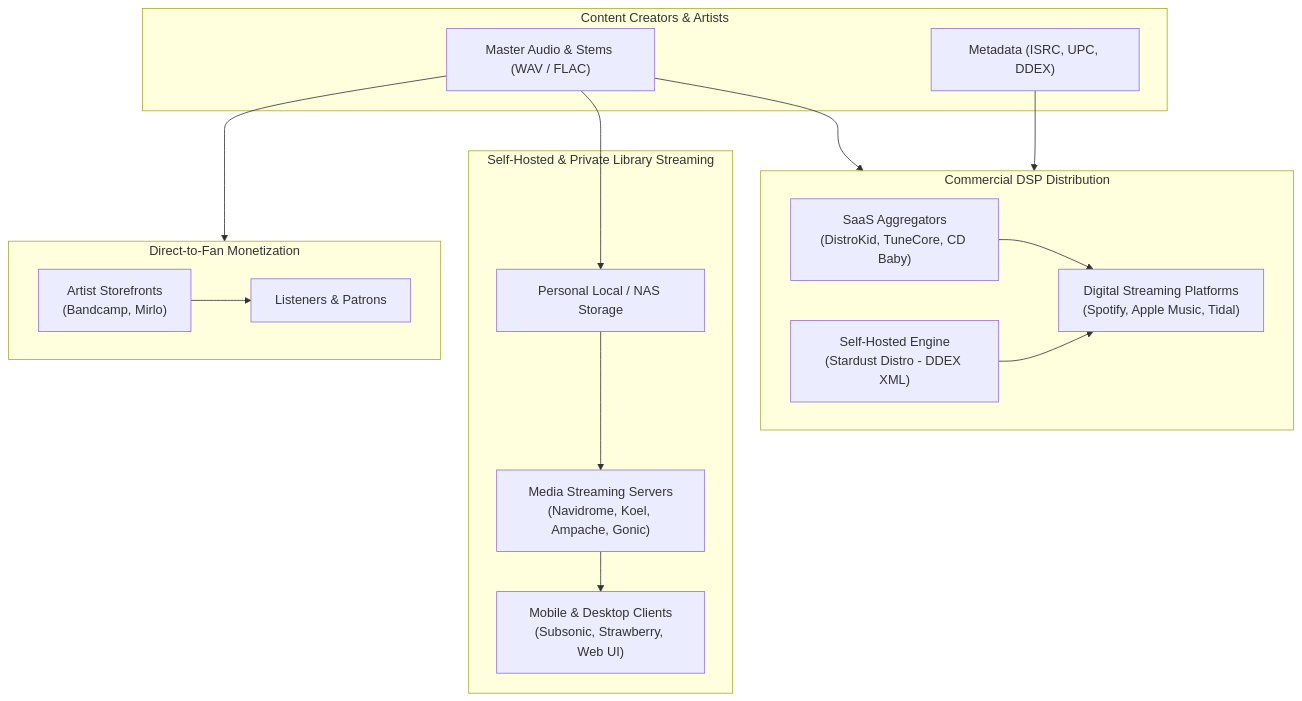
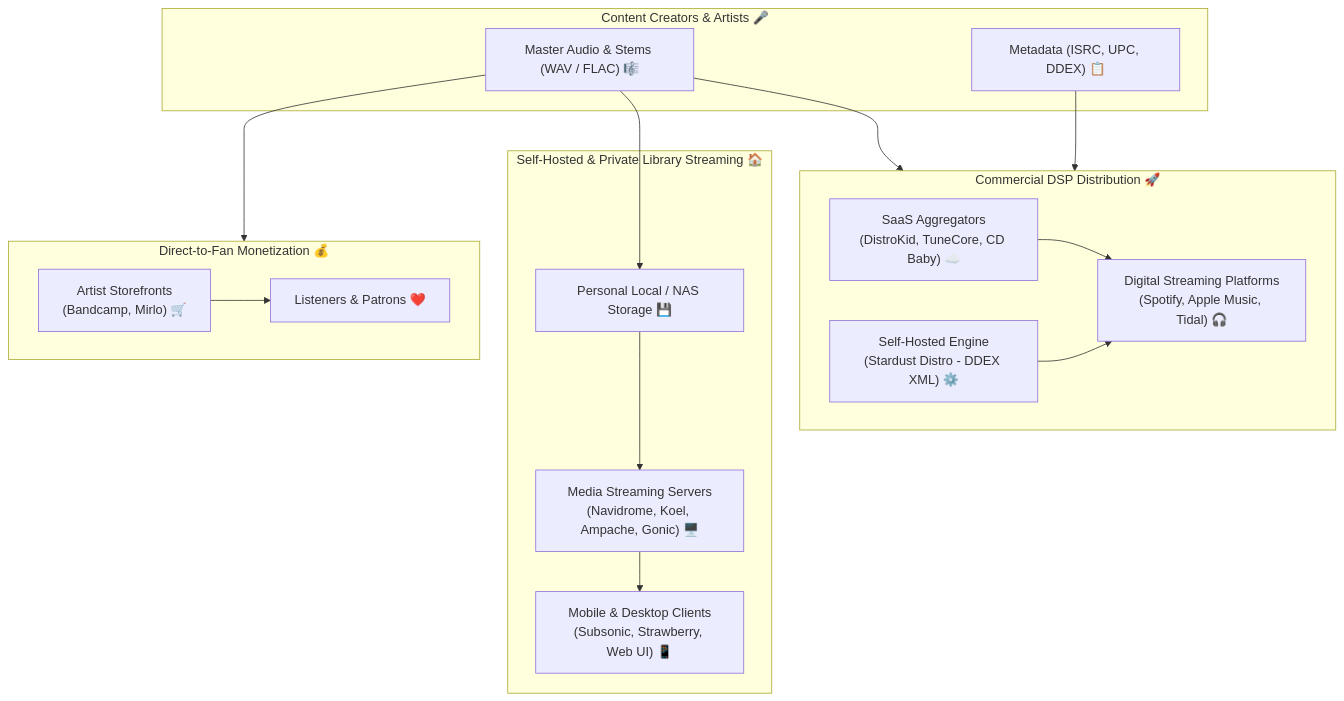
The diagram in README.md (ishandutta2007/Awesome-Digital-Media-Management), drawn with Mermaid before and after one commit. The commit also changed other lines of this file and 1 other file, not shown here.

````diff
--- a/README.md
+++ b/README.md
@@ -66,36 +82,36 @@
 ```mermaid
 flowchart TD
-    subgraph Creator ["Content Creators & Artists"]
-        Audio["Master Audio & Stems (WAV / FLAC)"]
-        Meta["Metadata (ISRC, UPC, DDEX)"]
+    subgraph Creator ["Content Creators & Artists 🎤"]
+        Audio["Master Audio & Stems (WAV / FLAC) 🎼"]
+        Meta["Metadata (ISRC, UPC, DDEX) 📋"]
     end
 
-    subgraph Distribution ["Commercial DSP Distribution"]
-        SaaS_Dist["SaaS Aggregators\n(DistroKid, TuneCore, CD Baby)"]
-        OSS_Dist["Self-Hosted Engine\n(Stardust Distro - DDEX XML)"]
-        DSPs["Digital Streaming Platforms\n(Spotify, Apple Music, Tidal)"]
+    subgraph Distribution ["Commercial DSP Distribution 🚀"]
+        SaaS_Dist["SaaS Aggregators\n(DistroKid, TuneCore, CD Baby) ☁️"]
+        OSS_Dist["Self-Hosted Engine\n(Stardust Distro - DDEX XML) ⚙️"]
+        DSPs["Digital Streaming Platforms\n(Spotify, Apple Music, Tidal) 🎧"]
     end
 
-    subgraph SelfHosted ["Self-Hosted & Private Library Streaming"]
-        Storage["Personal Local / NAS Storage"]
-        Servers["Media Streaming Servers\n(Navidrome, Koel, Ampache, Gonic)"]
-        Clients["Mobile & Desktop Clients\n(Subsonic, Strawberry, Web UI)"]
+    subgraph SelfHosted ["Self-Hosted & Private Library Streaming 🏠"]
+        Storage["Personal Local / NAS Storage 💾"]
+        Servers["Media Streaming Servers\n(Navidrome, Koel, Ampache, Gonic) 🖥️"]
+        Clients["Mobile & Desktop Clients\n(Subsonic, Strawberry, Web UI) 📱"]
     end
 
-    subgraph DirectMonetization ["Direct-to-Fan Monetization"]
-        Direct["Artist Storefronts\n(Bandcamp, Mirlo)"]
-        Fans["Listeners & Patrons"]
+    subgraph DirectMonetization ["Direct-to-Fan Monetization 💰"]
+        Direct["Artist Storefronts\n(Bandcamp, Mirlo) 🛒"]
+        Fans["Listeners & Patrons ❤️"]
     end
 
     Audio --> Distribution
     Meta --> Distribution
     SaaS_Dist --> DSPs
     OSS_Dist --> DSPs
 
     Audio --> Storage
     Storage --> Servers
     Servers --> Clients
 
     Audio --> DirectMonetization
     Direct --> Fans
 ```
````
